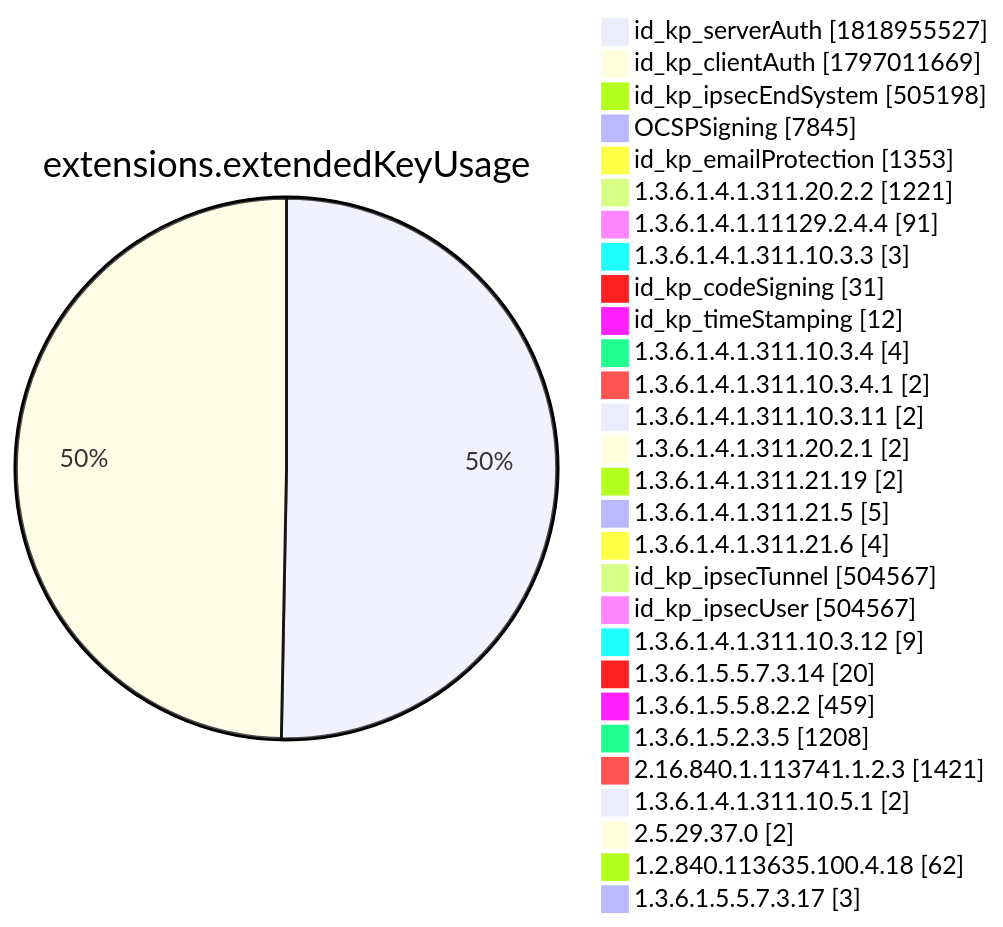
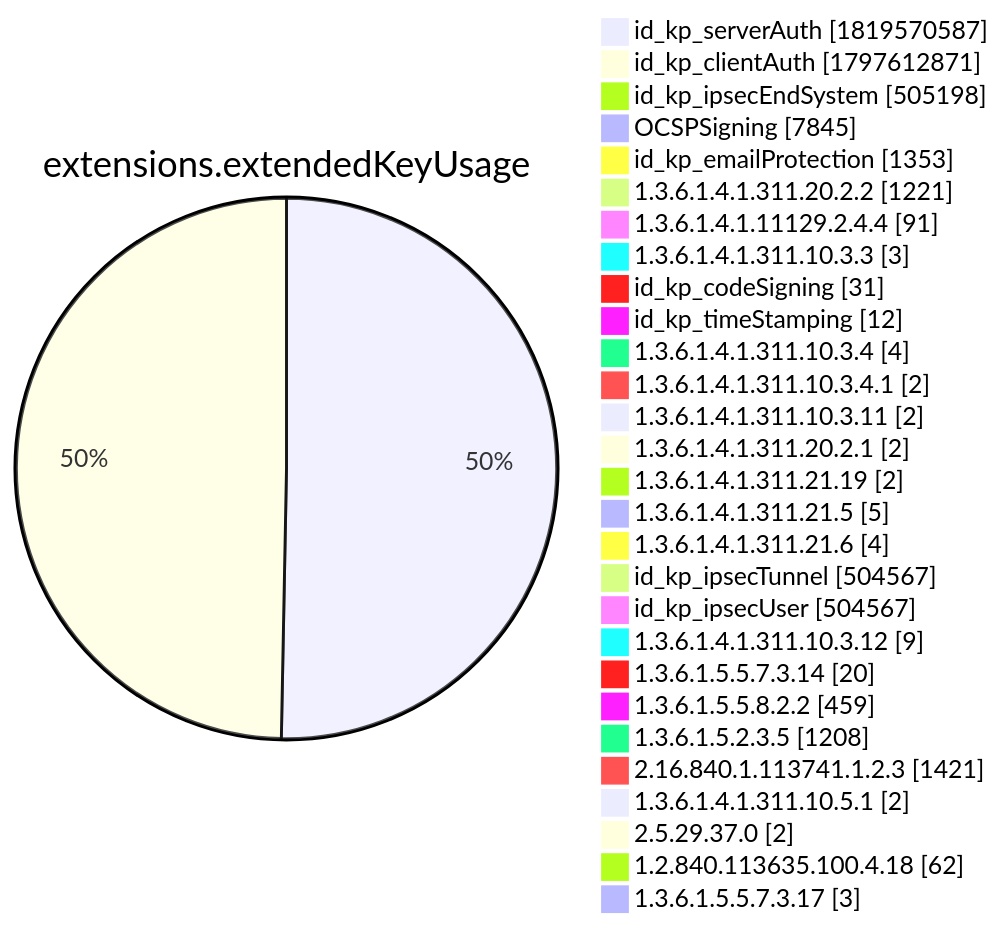
Before and after one commit to christiankrug/ctmonitor_visualization: diagram 12 of 15 in xenon2022/README.md, drawn with Mermaid. The commit also changed other lines of this file, not shown here.

````diff
--- a/xenon2022/README.md
+++ b/xenon2022/README.md
@@ -3895,32 +3895,32 @@
 ```mermaid
 pie showData
 title extensions.extendedKeyUsage
-"id_kp_serverAuth" :1818955527
-"id_kp_clientAuth" :1797011669
+"id_kp_serverAuth" :1819570587
+"id_kp_clientAuth" :1797612871
 "id_kp_ipsecEndSystem" :505198
 "OCSPSigning" :7845
 "id_kp_emailProtection" :1353
 "1.3.6.1.4.1.311.20.2.2" :1221
 "1.3.6.1.4.1.11129.2.4.4" :91
 "1.3.6.1.4.1.311.10.3.3" :3
 "id_kp_codeSigning" :31
 "id_kp_timeStamping" :12
 "1.3.6.1.4.1.311.10.3.4" :4
 "1.3.6.1.4.1.311.10.3.4.1" :2
 "1.3.6.1.4.1.311.10.3.11" :2
 "1.3.6.1.4.1.311.20.2.1" :2
 "1.3.6.1.4.1.311.21.19" :2
 "1.3.6.1.4.1.311.21.5" :5
 "1.3.6.1.4.1.311.21.6" :4
 "id_kp_ipsecTunnel" :504567
 "id_kp_ipsecUser" :504567
 "1.3.6.1.4.1.311.10.3.12" :9
 "1.3.6.1.5.5.7.3.14" :20
 "1.3.6.1.5.5.8.2.2" :459
 "1.3.6.1.5.2.3.5" :1208
 "2.16.840.1.113741.1.2.3" :1421
 "1.3.6.1.4.1.311.10.5.1" :2
 "2.5.29.37.0" :2
 "1.2.840.113635.100.4.18" :62
 "1.3.6.1.5.5.7.3.17" :3
 ```
````
